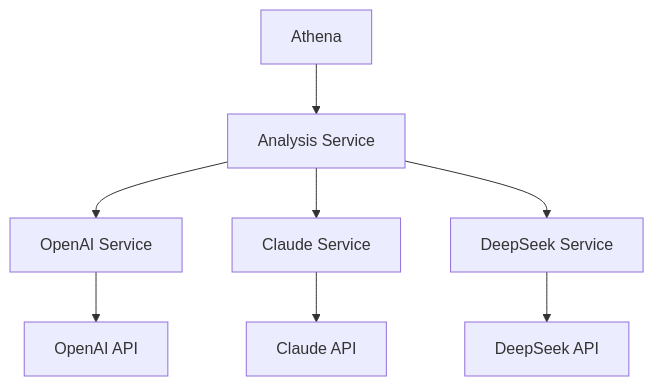
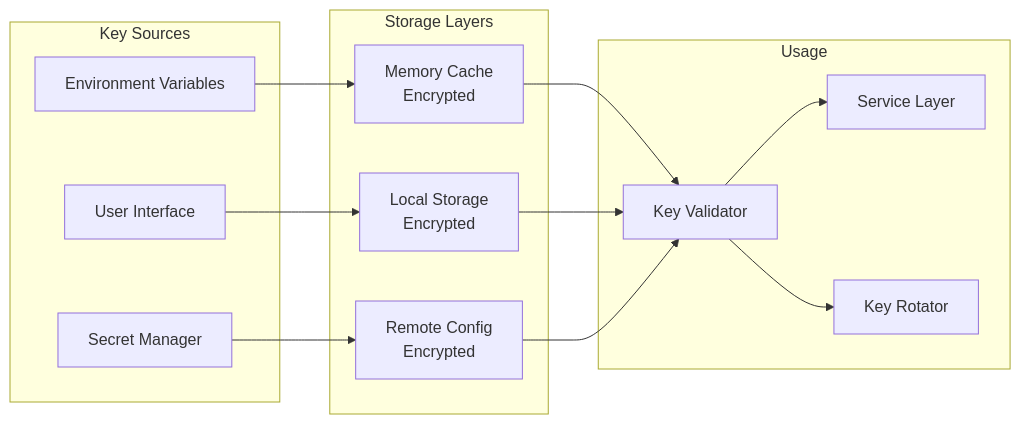
One commit to radicalkjax/Athena changed the seventh of 10 diagrams in docs/API_INTEGRATION.md. Above: the diagram before and after it, drawn with Mermaid. The commit also changed other lines of this file and 94 other files, not shown here.

````diff
--- a/docs/API_INTEGRATION.md
+++ b/docs/API_INTEGRATION.md
@@ -23,11 +469,31 @@
 ```mermaid
-graph TD
-    A[Athena] --> B[Analysis Service]
-    B --> C[OpenAI Service]
-    B --> D[Claude Service]
-    B --> E[DeepSeek Service]
+graph LR
+    subgraph "Key Sources"
+        Env[Environment Variables]
+        UI[User Interface]
+        Vault[Secret Manager]
+    end
     
-    C --> F[OpenAI API]
-    D --> G[Claude API]
-    E --> H[DeepSeek API]
+    subgraph "Storage Layers"
+        Memory[Memory Cache<br/>Encrypted]
+        Local[Local Storage<br/>Encrypted]
+        Remote[Remote Config<br/>Encrypted]
+    end
+    
+    subgraph "Usage"
+        Service[Service Layer]
+        Validator[Key Validator]
+        Rotator[Key Rotator]
+    end
+    
+    Env --> Memory
+    UI --> Local
+    Vault --> Remote
+    
+    Memory --> Validator
+    Local --> Validator
+    Remote --> Validator
+    
+    Validator --> Service
+    Validator --> Rotator
 ```
````
